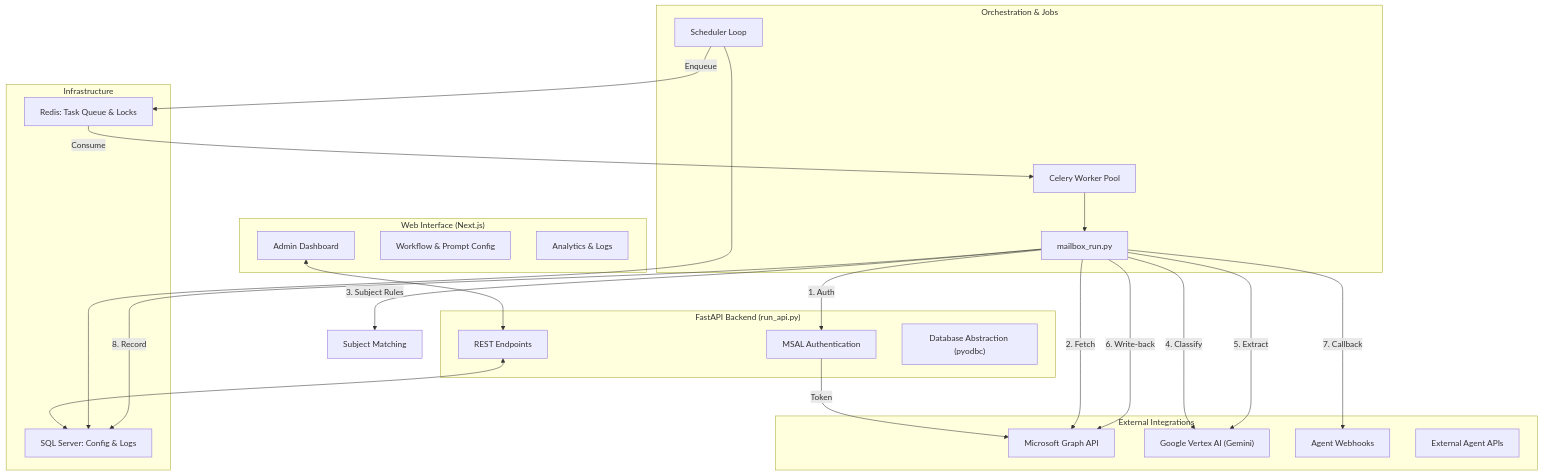
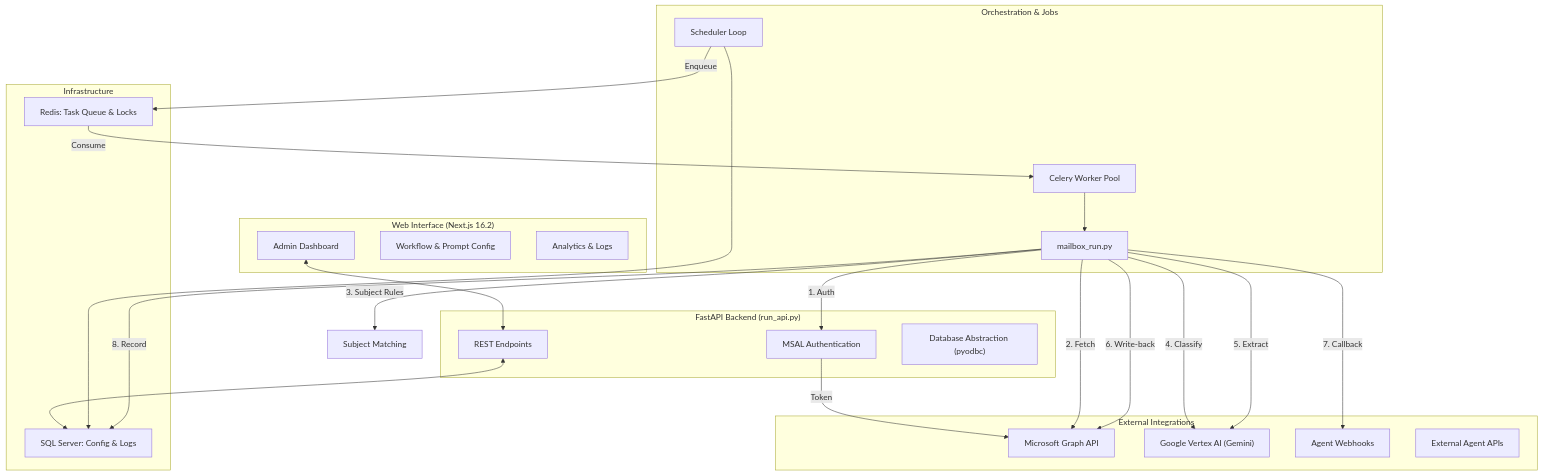
Before and after one commit to buenr/emailAgent: the diagram in ARCHITECTURE.md, drawn with Mermaid. The commit also changed 12 other files, not shown here.

Commit message:
docs and UI: resolve hydration issues, update architecture docs, and fix Tailwind configuration

````diff
--- a/ARCHITECTURE.md
+++ b/ARCHITECTURE.md
@@ -1,51 +1,51 @@
 ```mermaid
 graph TD
-    subgraph Frontend ["Web Interface (Next.js)"]
+    subgraph Frontend ["Web Interface (Next.js 16.2)"]
         UI[Admin Dashboard]
         Config[Workflow & Prompt Config]
         Stats[Analytics & Logs]
     end
 
     subgraph Backend ["FastAPI Backend (run_api.py)"]
         API[REST Endpoints]
         Auth[MSAL Authentication]
         DBA["Database Abstraction (pyodbc)"]
     end
 
     subgraph Persistence ["Infrastructure"]
         SQL["SQL Server: Config & Logs"]
         Redis["Redis: Task Queue & Locks"]
     end
 
     subgraph Execution ["Orchestration & Jobs"]
         Sched[Scheduler Loop]
         Worker[Celery Worker Pool]
         Pipeline[mailbox_run.py]
     end
 
     subgraph External ["External Integrations"]
         Graph[Microsoft Graph API]
         Gemini["Google Vertex AI (Gemini)"]
         Webhooks[Agent Webhooks]
         AgentAPIs[External Agent APIs]
     end
 
     %% Connections
     UI <--> API
     API <--> SQL
     Sched --> SQL
     Sched -- "Enqueue" --> Redis
     Redis -- "Consume" --> Worker
     Worker --> Pipeline
 
     %% Pipeline Flow
     Pipeline -- "1. Auth" --> Auth
     Auth -- "Token" --> Graph
     Pipeline -- "2. Fetch" --> Graph
     Pipeline -- "3. Subject Rules" --> Subj[Subject Matching]
     Pipeline -- "4. Classify" --> Gemini
     Pipeline -- "5. Extract" --> Gemini
     Pipeline -- "6. Write-back" --> Graph
     Pipeline -- "7. Callback" --> Webhooks
     Pipeline -- "8. Record" --> SQL
 ```
````
